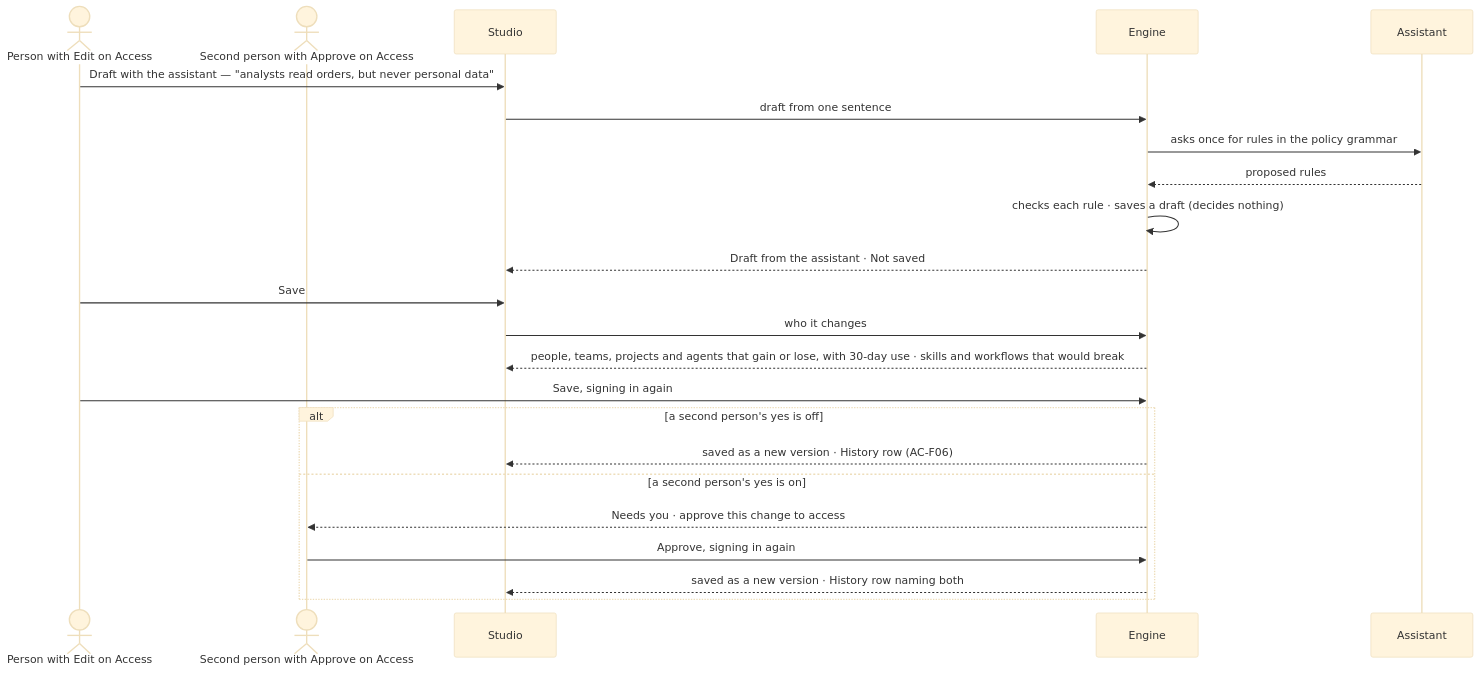
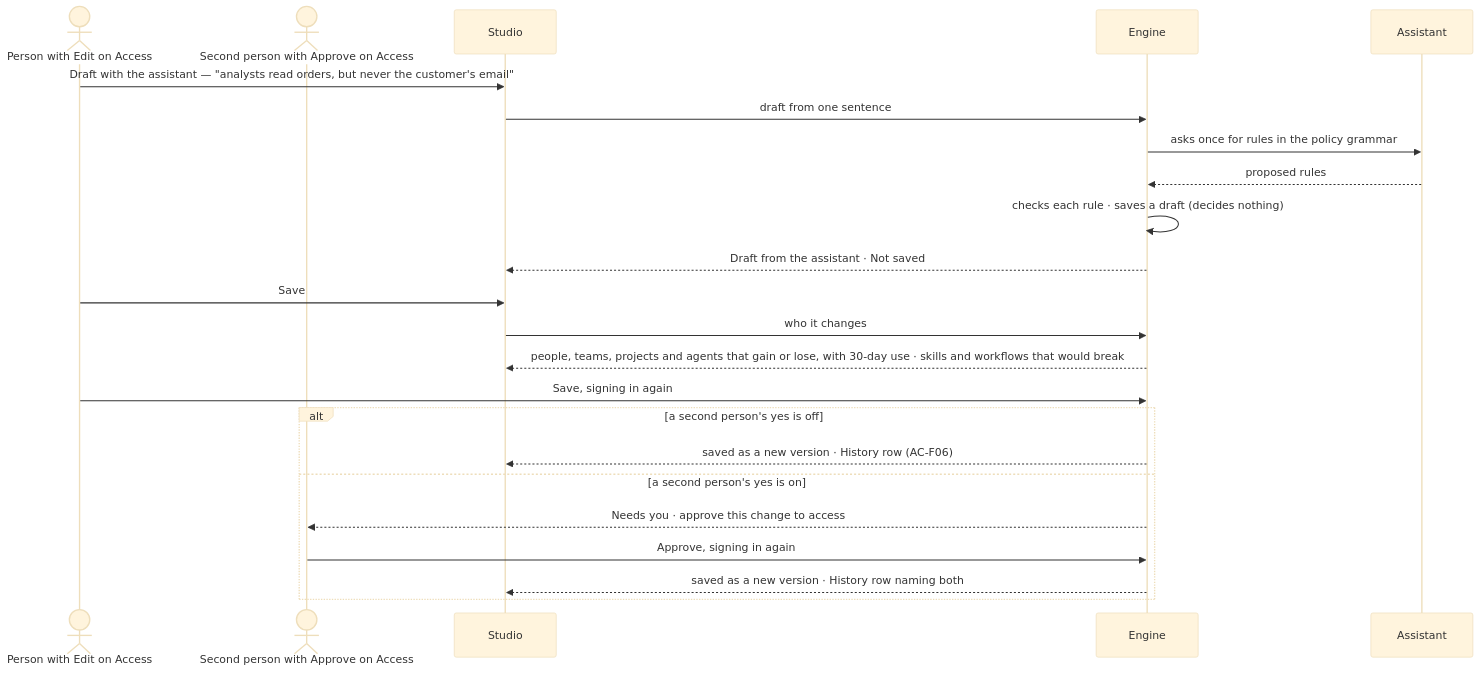
One commit to invana/invana changed the second of 2 diagrams in specs/os/access/features/AC-F02-access-policies/feature.md. Above: the diagram before and after it, drawn with Mermaid (base theme). The commit also changed other lines of this file and 69 other files, not shown here.

````diff
--- a/specs/os/access/features/AC-F02-access-policies/feature.md
+++ b/specs/os/access/features/AC-F02-access-policies/feature.md
@@ -77,25 +79,25 @@
 ```mermaid
 sequenceDiagram
   actor P as Person with Edit on Access
   actor Q as Second person with Approve on Access
   participant S as Studio
   participant E as Engine
   participant A as Assistant
-  P->>S: Draft with the assistant — "analysts read orders, but never personal data"
+  P->>S: Draft with the assistant — "analysts read orders, but never the customer's email"
   S->>E: draft from one sentence
   E->>A: asks once for rules in the policy grammar
   A-->>E: proposed rules
   E->>E: checks each rule · saves a draft (decides nothing)
   E-->>S: Draft from the assistant · Not saved
   P->>S: Save
   S->>E: who it changes
   E-->>S: people, teams, projects and agents that gain or lose, with 30-day use · skills and workflows that would break
   P->>E: Save, signing in again
   alt a second person's yes is off
     E-->>S: saved as a new version · History row (AC-F06)
   else a second person's yes is on
     E-->>Q: Needs you · approve this change to access
     Q->>E: Approve, signing in again
     E-->>S: saved as a new version · History row naming both
   end
 ```
````
